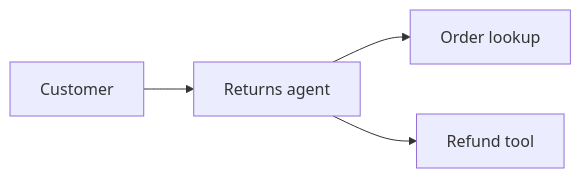
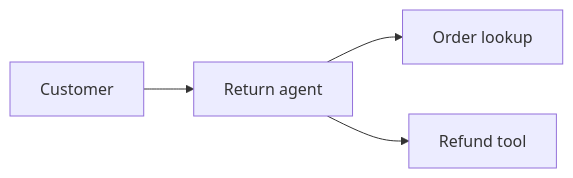
Before and after one commit to svpino/returns-agent: the first of 2 diagrams in README.md, drawn with Mermaid. The commit also changed other lines of this file and 4 other files, not shown here.

````diff
--- a/README.md
+++ b/README.md
@@ -61,6 +61,6 @@
 ```mermaid
 flowchart LR
-    Customer --> Agent[Returns agent]
+    Customer --> Agent[Return agent]
     Agent --> Lookup[Order lookup]
     Agent --> Refund[Refund tool]
 ```
````
